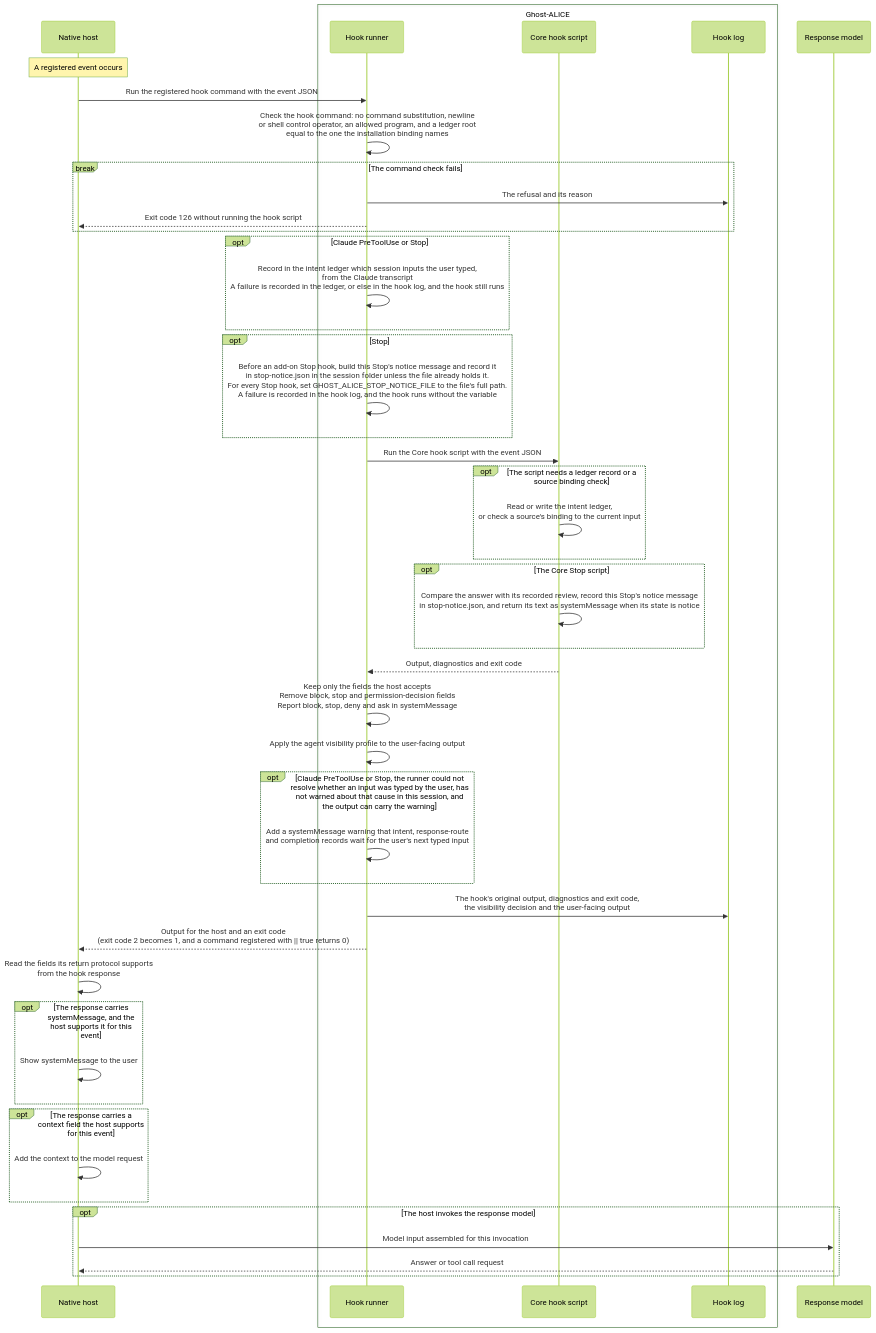
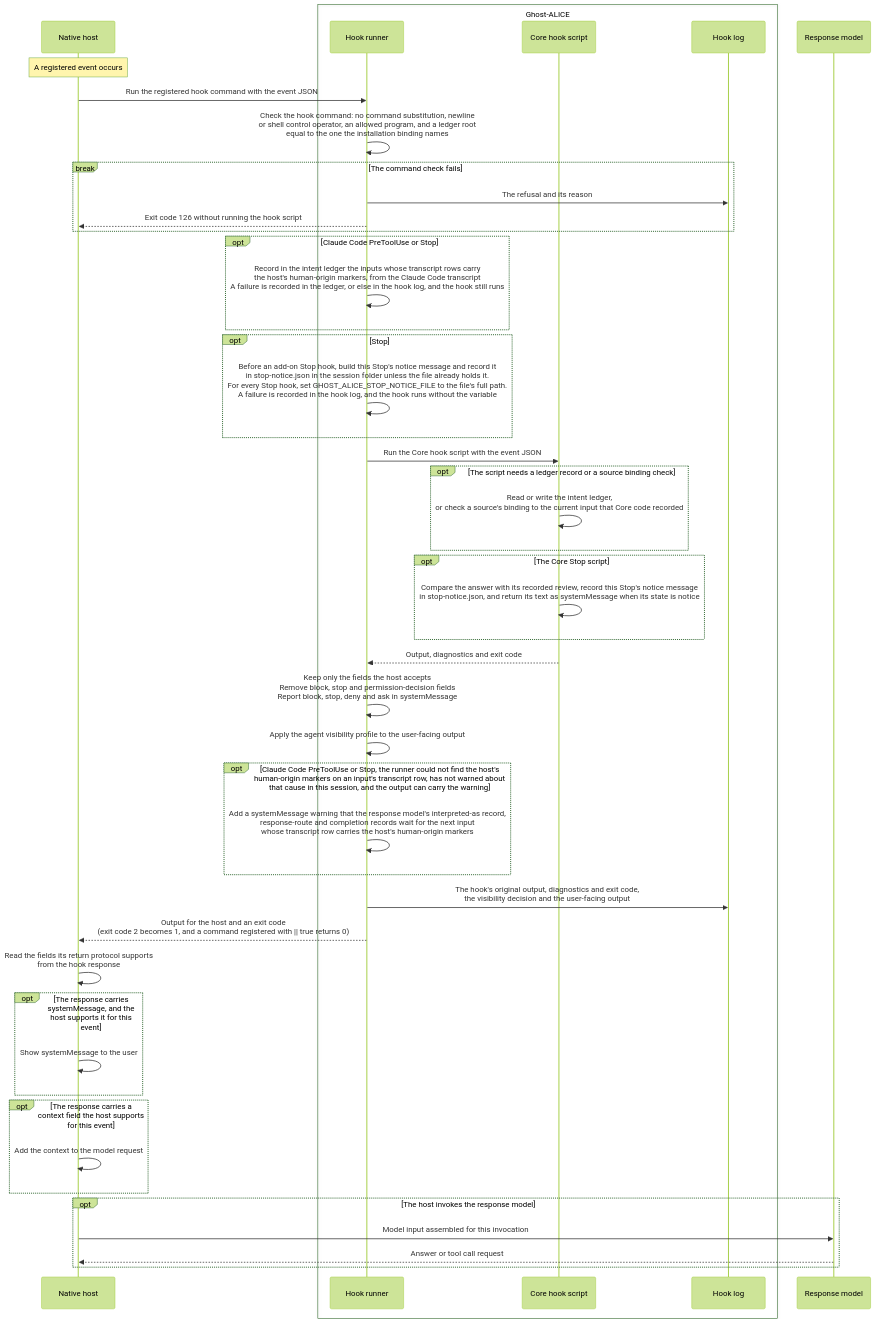
Before and after one commit to AidALL/ghost-alice: the third of 7 diagrams in architecture.md, drawn with Mermaid (forest theme). The commit also changed other lines of this file and 221 other files, not shown here.

````diff
--- a/architecture.md
+++ b/architecture.md
@@ -82,50 +82,50 @@
 ```mermaid
 sequenceDiagram
   participant H as Native host
   box Ghost-ALICE
     participant R as Hook runner
     participant C as Core hook script
     participant L as Hook log
   end
   participant M as Response model
 
   Note over H: A registered event occurs
   H->>R: Run the registered hook command with the event JSON
   R->>R: Check the hook command: no command substitution, newline<br/>or shell control operator, an allowed program, and a ledger root<br/>equal to the one the installation binding names
   break The command check fails
     R->>L: The refusal and its reason
     R-->>H: Exit code 126 without running the hook script
   end
-  opt Claude PreToolUse or Stop
-    R->>R: Record in the intent ledger which session inputs the user typed,<br/>from the Claude transcript<br/>A failure is recorded in the ledger, or else in the hook log, and the hook still runs
+  opt Claude Code PreToolUse or Stop
+    R->>R: Record in the intent ledger the inputs whose transcript rows carry<br/>the host's human-origin markers, from the Claude Code transcript<br/>A failure is recorded in the ledger, or else in the hook log, and the hook still runs
   end
   opt Stop
     R->>R: Before an add-on Stop hook, build this Stop's notice message and record it<br/>in stop-notice.json in the session folder unless the file already holds it.<br/>For every Stop hook, set GHOST_ALICE_STOP_NOTICE_FILE to the file's full path.<br/>A failure is recorded in the hook log, and the hook runs without the variable
   end
   R->>C: Run the Core hook script with the event JSON
   opt The script needs a ledger record or a source binding check
-    C->>C: Read or write the intent ledger,<br/>or check a source's binding to the current input
+    C->>C: Read or write the intent ledger,<br/>or check a source's binding to the current input that Core code recorded
   end
   opt The Core Stop script
     C->>C: Compare the answer with its recorded review, record this Stop's notice message<br/>in stop-notice.json, and return its text as systemMessage when its state is notice
   end
   C-->>R: Output, diagnostics and exit code
   R->>R: Keep only the fields the host accepts<br/>Remove block, stop and permission-decision fields<br/>Report block, stop, deny and ask in systemMessage
   R->>R: Apply the agent visibility profile to the user-facing output
-  opt Claude PreToolUse or Stop, the runner could not resolve whether an input was typed by the user, has not warned about that cause in this session, and the output can carry the warning
-    R->>R: Add a systemMessage warning that intent, response-route<br/>and completion records wait for the user's next typed input
+  opt Claude Code PreToolUse or Stop, the runner could not find the host's human-origin markers on an input's transcript row, has not warned about that cause in this session, and the output can carry the warning
+    R->>R: Add a systemMessage warning that the response model's interpreted-as record,<br/>response-route and completion records wait for the next input<br/>whose transcript row carries the host's human-origin markers
   end
   R->>L: The hook's original output, diagnostics and exit code,<br/>the visibility decision and the user-facing output
   R-->>H: Output for the host and an exit code<br/>(exit code 2 becomes 1, and a command registered with || true returns 0)
   H->>H: Read the fields its return protocol supports<br/>from the hook response
   opt The response carries systemMessage, and the host supports it for this event
     H->>H: Show systemMessage to the user
   end
   opt The response carries a context field the host supports for this event
     H->>H: Add the context to the model request
   end
   opt The host invokes the response model
     H->>M: Model input assembled for this invocation
     M-->>H: Answer or tool call request
   end
 ```
````
